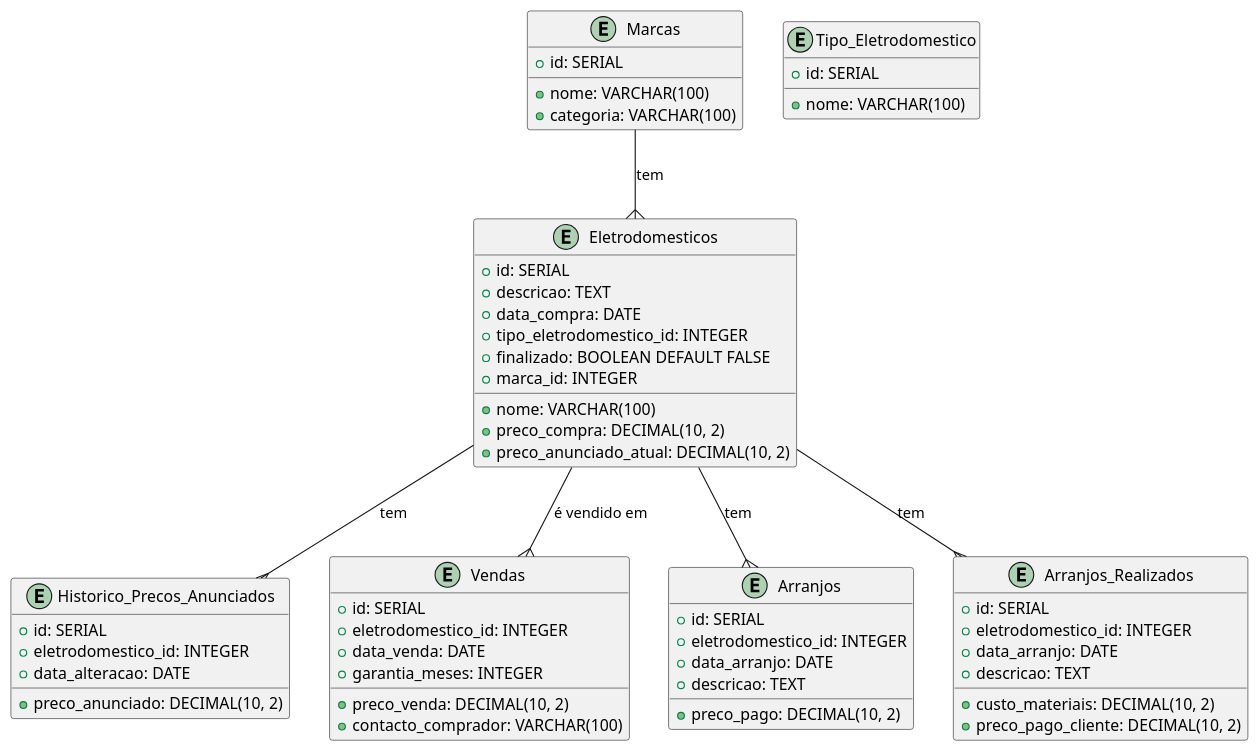
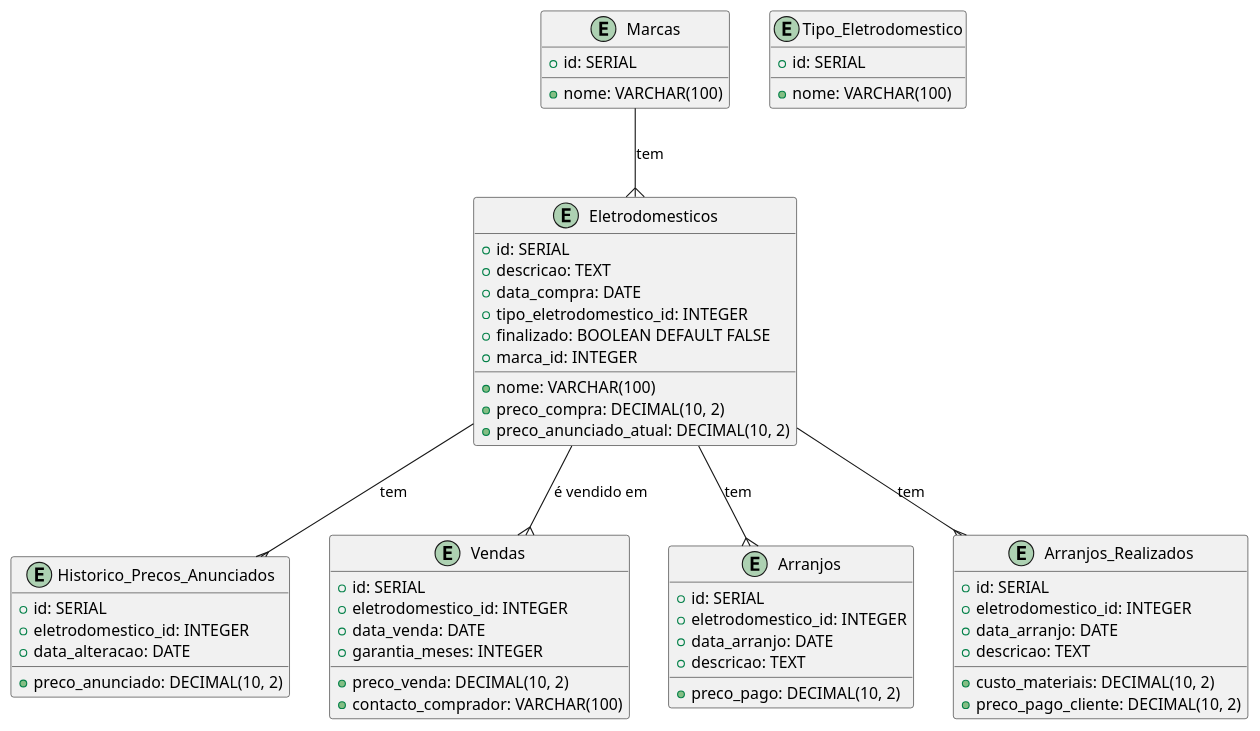
Before and after one commit to 1191830/machineStockControl: the diagram in docs/dominio/dominio.puml, drawn with PlantUML. The commit also changed 22 other files, not shown here.

```diff
--- a/docs/dominio/dominio.puml
+++ b/docs/dominio/dominio.puml
@@ -1,65 +1,64 @@
 @startuml
 
 entity "Marcas" as M {
   +id: SERIAL
   +nome: VARCHAR(100)
-  +categoria: VARCHAR(100)
 }
 
 entity "Tipo_Eletrodomestico" as T {
   +id: SERIAL
   +nome: VARCHAR(100)
 }
 
 entity "Eletrodomesticos" as E {
   +id: SERIAL
   +nome: VARCHAR(100)
   +descricao: TEXT
   +data_compra: DATE
   +preco_compra: DECIMAL(10, 2)
   +preco_anunciado_atual: DECIMAL(10, 2)
   +tipo_eletrodomestico_id: INTEGER  
   +finalizado: BOOLEAN DEFAULT FALSE
   +marca_id: INTEGER
 }
 
 entity "Historico_Precos_Anunciados" as H {
   +id: SERIAL
   +eletrodomestico_id: INTEGER
   +preco_anunciado: DECIMAL(10, 2)
   +data_alteracao: DATE
 }
 
 entity "Vendas" as V {
   +id: SERIAL
   +eletrodomestico_id: INTEGER
   +data_venda: DATE
   +preco_venda: DECIMAL(10, 2)
   +garantia_meses: INTEGER
   +contacto_comprador: VARCHAR(100)
 }
 
 entity "Arranjos" as A {
   +id: SERIAL
   +eletrodomestico_id: INTEGER
   +data_arranjo: DATE
   +descricao: TEXT
   +preco_pago: DECIMAL(10, 2)
 }
 
 entity "Arranjos_Realizados" as AR {
   +id: SERIAL
   +eletrodomestico_id: INTEGER
   +data_arranjo: DATE
   +descricao: TEXT
   +custo_materiais: DECIMAL(10, 2)
   +preco_pago_cliente: DECIMAL(10, 2)
 }
 
 M --{ E : "tem"
 E --{ H : "tem" 
 E --{ V : "é vendido em"
 E --{ A : "tem" 
 E --{ AR : "tem"
 
 @enduml
```
